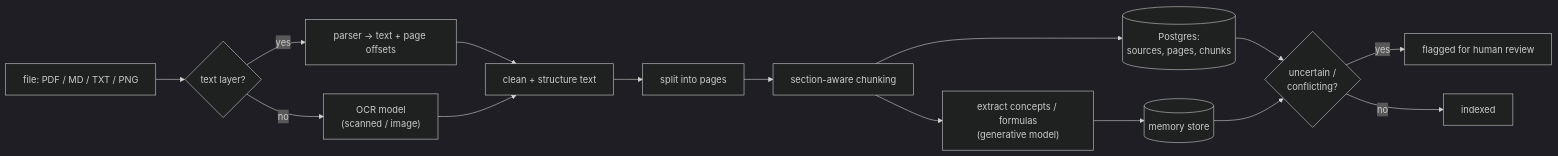
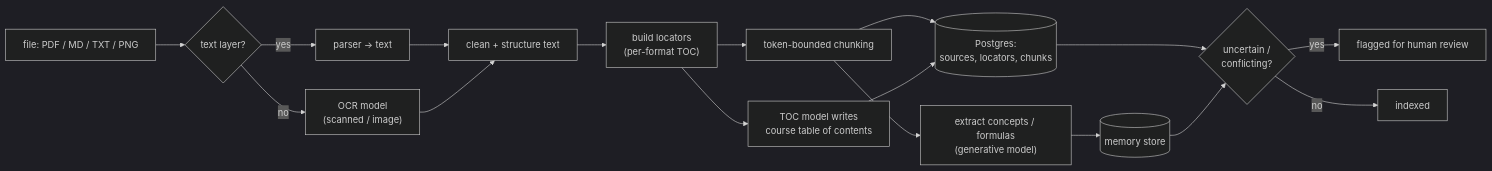
Diagram 14 of 18 in system.md (RileyK05/Stacks), drawn with Mermaid (dark theme) before and after one commit. The commit also changed other lines of this file and 13 other files, not shown here.

Commit message:
schema additions

````diff
--- a/system.md
+++ b/system.md
@@ -362,17 +537,19 @@
 ```mermaid
 flowchart LR
     F["file: PDF / MD / TXT / PNG"] --> TYPE{text layer?}
-    TYPE -->|yes| PARSE["parser → text + page offsets"]
+    TYPE -->|yes| PARSE["parser → text"]
     TYPE -->|no| OCR["OCR model<br/>(scanned / image)"]
     PARSE --> CLEAN
     OCR --> CLEAN["clean + structure text"]
-    CLEAN --> PAGE["split into pages"]
-    PAGE --> CHUNK["section-aware chunking"]
-    CHUNK --> DB[("Postgres:<br/>sources, pages, chunks")]
+    CLEAN --> LOC["build locators<br/>(per-format TOC)"]
+    LOC --> CHUNK["token-bounded chunking"]
+    CHUNK --> DB[("Postgres:<br/>sources, locators, chunks")]
     CHUNK --> EXTRACT["extract concepts / formulas<br/>(generative model)"]
     EXTRACT --> MEM[("memory store")]
+    LOC --> TOC["TOC model writes<br/>course table of contents"]
+    TOC --> DB
     DB --> REVIEW{"uncertain /<br/>conflicting?"}
     MEM --> REVIEW
     REVIEW -->|yes| QUEUE["flagged for human review"]
     REVIEW -->|no| DONE["indexed"]
 ```
````
